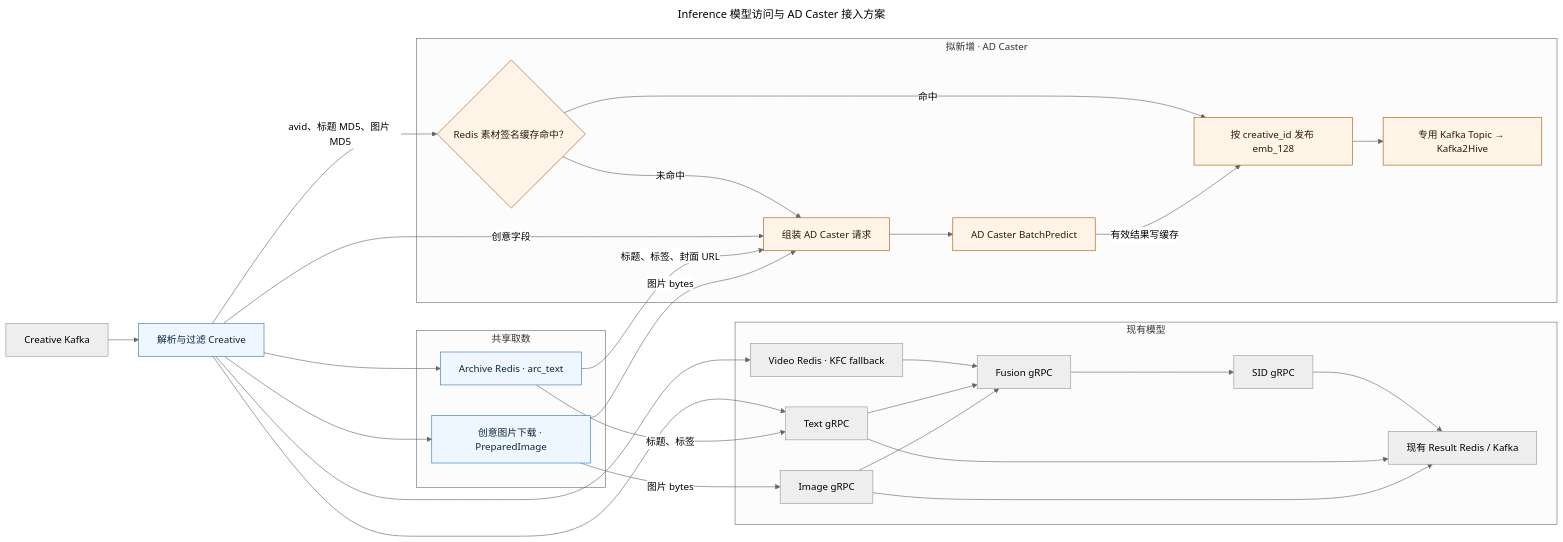
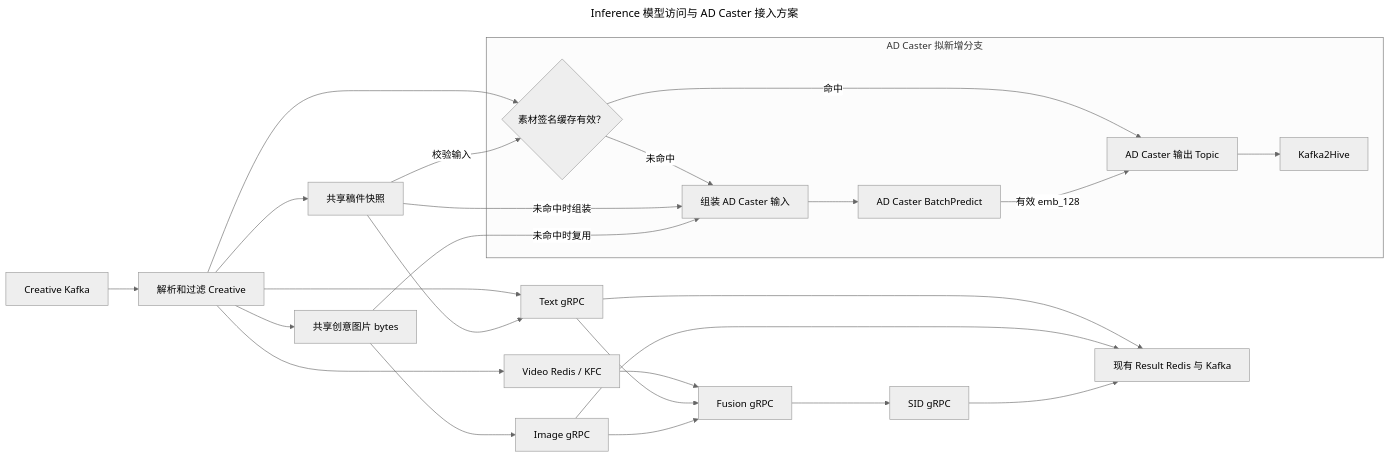
The diagram in public/reports/inference-ad-caster/inference-ad-caster.mmd (feng-y/lemon-pages), drawn with Mermaid (neutral theme) before and after one commit. The commit also changed 4 other files, not shown here.

```diff
--- a/public/reports/inference-ad-caster/inference-ad-caster.mmd
+++ b/public/reports/inference-ad-caster/inference-ad-caster.mmd
@@ -1,51 +1,35 @@
 ---
 title: Inference 模型访问与 AD Caster 接入方案
 ---
 flowchart LR
-    K["Creative Kafka"] --> C["解析与过滤 Creative"]
+    K["Creative Kafka"] --> C["解析和过滤 Creative"]
+    C --> A["共享稿件快照"]
+    C --> P["共享创意图片 bytes"]
+    C --> V["Video Redis / KFC"]
+    C --> T["Text gRPC"]
+    A --> T
+    P --> I["Image gRPC"]
+    V --> F["Fusion gRPC"]
+    T --> F
+    I --> F
+    F --> S["SID gRPC"]
+    T --> O["现有 Result Redis 与 Kafka"]
+    I --> O
+    S --> O
 
-    subgraph INPUTS["共享取数"]
-        A["Archive Redis · arc_text"]
-        P["创意图片下载 · PreparedImage"]
+    subgraph AD["AD Caster 拟新增分支"]
+        D{"素材签名缓存有效？"}
+        R["组装 AD Caster 输入"]
+        M["AD Caster BatchPredict"]
+        E["AD Caster 输出 Topic"]
+        D -->|命中| E
+        D -->|未命中| R
+        R --> M
+        M -->|有效 emb_128| E
+        E --> H["Kafka2Hive"]
     end
 
-    C --> A
-    C --> P
-
-    subgraph CURRENT["现有模型"]
-        V["Video Redis · KFC fallback"] --> F["Fusion gRPC"]
-        T["Text gRPC"] --> F
-        I["Image gRPC"] --> F
-        F --> S["SID gRPC"]
-        S --> O["现有 Result Redis / Kafka"]
-    end
-
-    C --> V
-    C --> T
-    A -->|"标题、标签"| T
-    P -->|"图片 bytes"| I
-    T --> O
-    I --> O
-
-    subgraph AD["拟新增 · AD Caster"]
-        D{"Redis 素材签名缓存命中？"}
-        R["组装 AD Caster 请求"]
-        M["AD Caster BatchPredict"]
-        E["按 creative_id 发布 emb_128"]
-        H["专用 Kafka Topic → Kafka2Hive"]
-        D -->|"命中"| E
-        D -->|"未命中"| R
-        R --> M
-        M -->|"有效结果写缓存"| E
-        E --> H
-    end
-
-    C -->|"avid、标题 MD5、图片 MD5"| D
-    C -->|"创意字段"| R
-    A -->|"标题、标签、封面 URL"| R
-    P -->|"图片 bytes"| R
-
-    classDef proposed fill:#fff4e7,stroke:#aa5a10,color:#291a0f;
-    classDef shared fill:#eef7ff,stroke:#3478b5,color:#10263b;
-    class D,R,M,E,H proposed;
-    class C,A,P shared;
+    C --> D
+    A -->|"校验输入"| D
+    A -->|"未命中时组装"| R
+    P -->|"未命中时复用"| R
```
